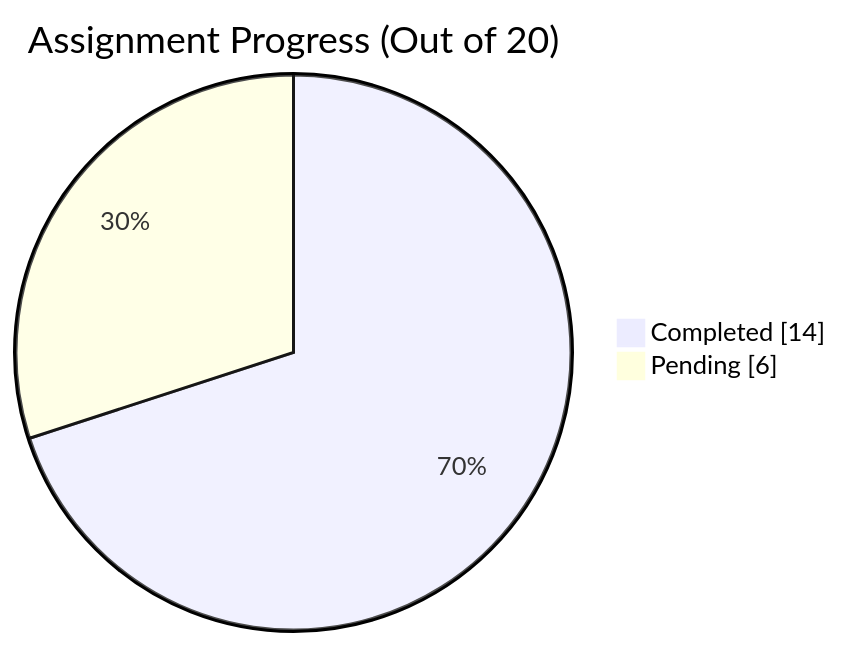
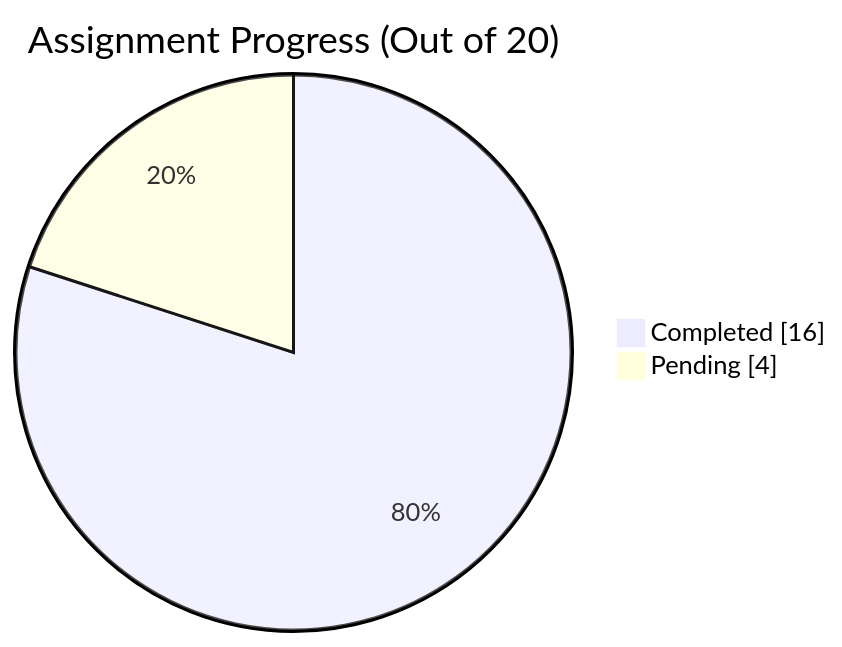
One commit to Neerajkumar151/Assignments changed the diagram in README.md. Above: the diagram before and after it, drawn with Mermaid. The commit also changed other lines of this file, not shown here.

````diff
--- a/README.md
+++ b/README.md
@@ -27,6 +27,6 @@
 ```mermaid
 pie showData
   title Assignment Progress (Out of 20)
-  "Completed" : 14
-  "Pending" : 6
+  "Completed" : 16
+  "Pending" : 4
 ```
````
